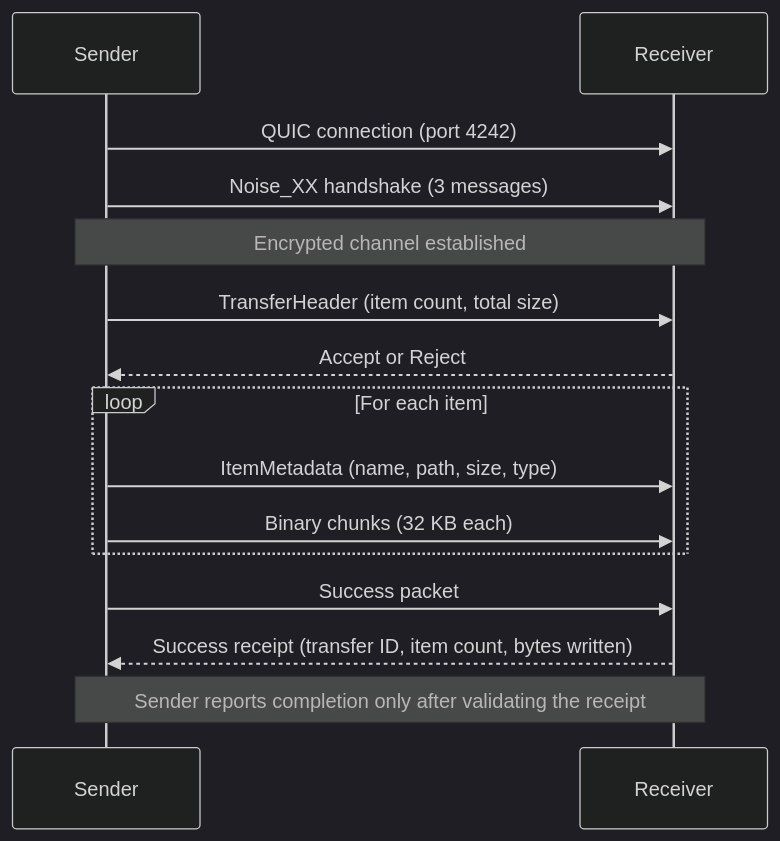
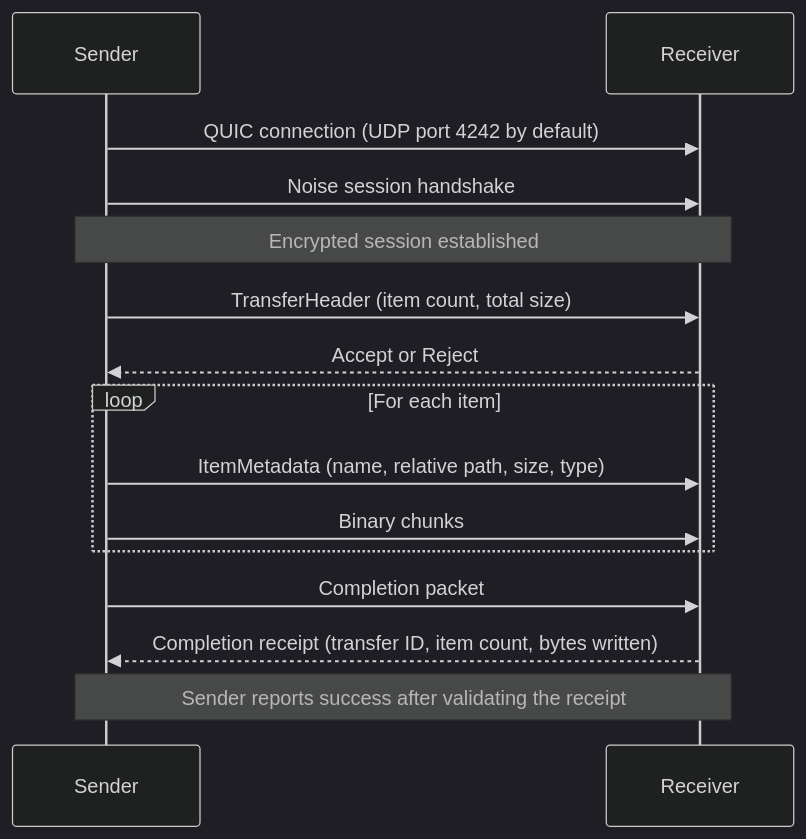
One commit to djalmajr/dukto changed the diagram in docs/concepts/transfer-protocol.md. Above: the diagram before and after it, drawn with Mermaid (dark theme). The commit also changed other lines of this file and 84 other files, not shown here.

````diff
--- a/docs/concepts/transfer-protocol.md
+++ b/docs/concepts/transfer-protocol.md
@@ -7,21 +7,21 @@
 ```mermaid
 sequenceDiagram
   participant S as Sender
   participant R as Receiver
 
-  S->>R: QUIC connection (port 4242)
-  S->>R: Noise_XX handshake (3 messages)
-  Note over S,R: Encrypted channel established
+  S->>R: QUIC connection (UDP port 4242 by default)
+  S->>R: Noise session handshake
+  Note over S,R: Encrypted session established
 
   S->>R: TransferHeader (item count, total size)
   R-->>S: Accept or Reject
 
   loop For each item
-    S->>R: ItemMetadata (name, path, size, type)
-    S->>R: Binary chunks (32 KB each)
+    S->>R: ItemMetadata (name, relative path, size, type)
+    S->>R: Binary chunks
   end
 
-  S->>R: Success packet
-  R-->>S: Success receipt (transfer ID, item count, bytes written)
-  Note over S,R: Sender reports completion only after validating the receipt
+  S->>R: Completion packet
+  R-->>S: Completion receipt (transfer ID, item count, bytes written)
+  Note over S,R: Sender reports success after validating the receipt
 ```
````
